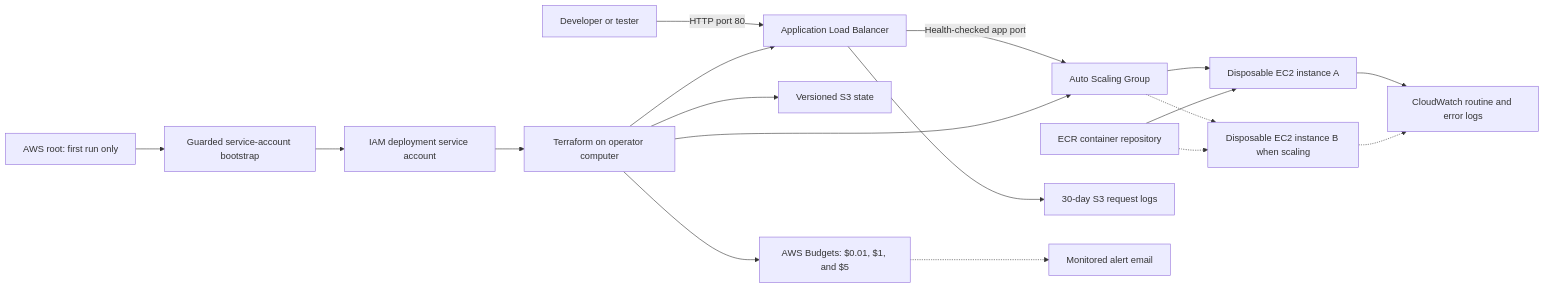
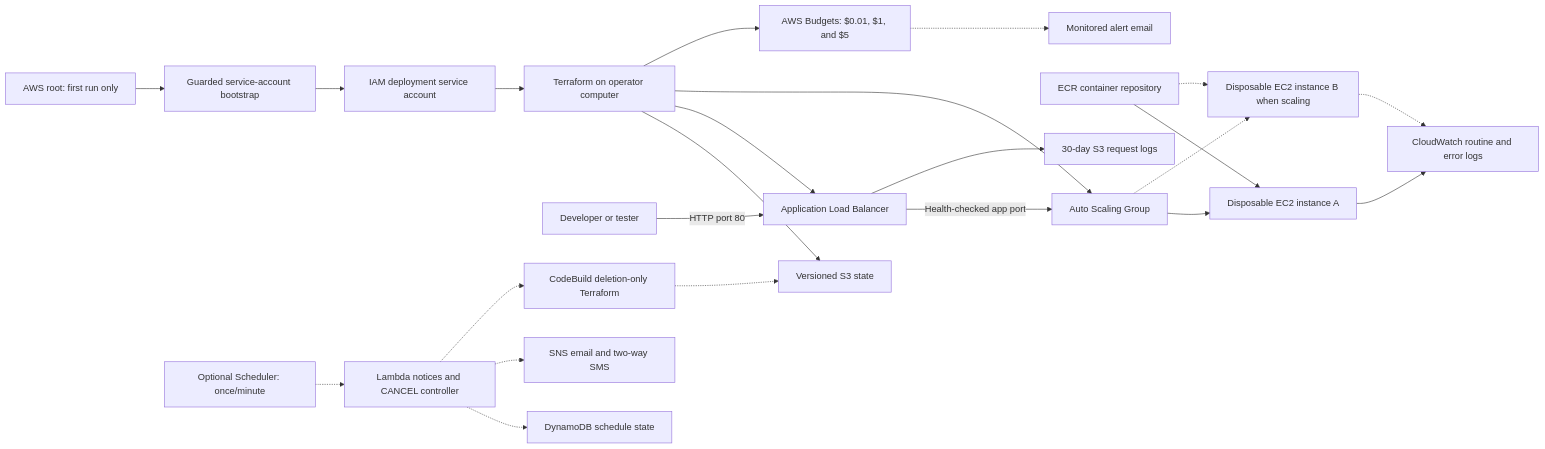
One commit to cbieger/AWS-EnvBuilder changed the diagram in docs/ARCHITECTURE.md. Above: the diagram before and after it, drawn with Mermaid. The commit also changed other lines of this file and 28 other files, not shown here.

````diff
--- a/docs/ARCHITECTURE.md
+++ b/docs/ARCHITECTURE.md
@@ -9,20 +9,25 @@
 ```mermaid
 flowchart LR
     root["AWS root: first run only"] --> bootstrap["Guarded service-account bootstrap"]
     bootstrap --> deployer["IAM deployment service account"]
     deployer --> terraform
     user["Developer or tester"] -->|"HTTP port 80"| alb["Application Load Balancer"]
     alb -->|"Health-checked app port"| asg["Auto Scaling Group"]
     asg --> instance1["Disposable EC2 instance A"]
     asg -.-> instance2["Disposable EC2 instance B when scaling"]
     ecr["ECR container repository"] --> instance1
     ecr -.-> instance2
     instance1 --> cw["CloudWatch routine and error logs"]
     instance2 -.-> cw
     alb --> s3logs["30-day S3 request logs"]
     terraform["Terraform on operator computer"] --> state["Versioned S3 state"]
     budgets["AWS Budgets: $0.01, $1, and $5"] -.-> email["Monitored alert email"]
     terraform --> alb
     terraform --> asg
     terraform --> budgets
+    scheduler["Optional Scheduler: once/minute"] -.-> controller["Lambda notices and CANCEL controller"]
+    controller -.-> schedule_state["DynamoDB schedule state"]
+    controller -.-> notice["SNS email and two-way SMS"]
+    controller -.-> destroy_build["CodeBuild deletion-only Terraform"]
+    destroy_build -.-> state
 ```
````
